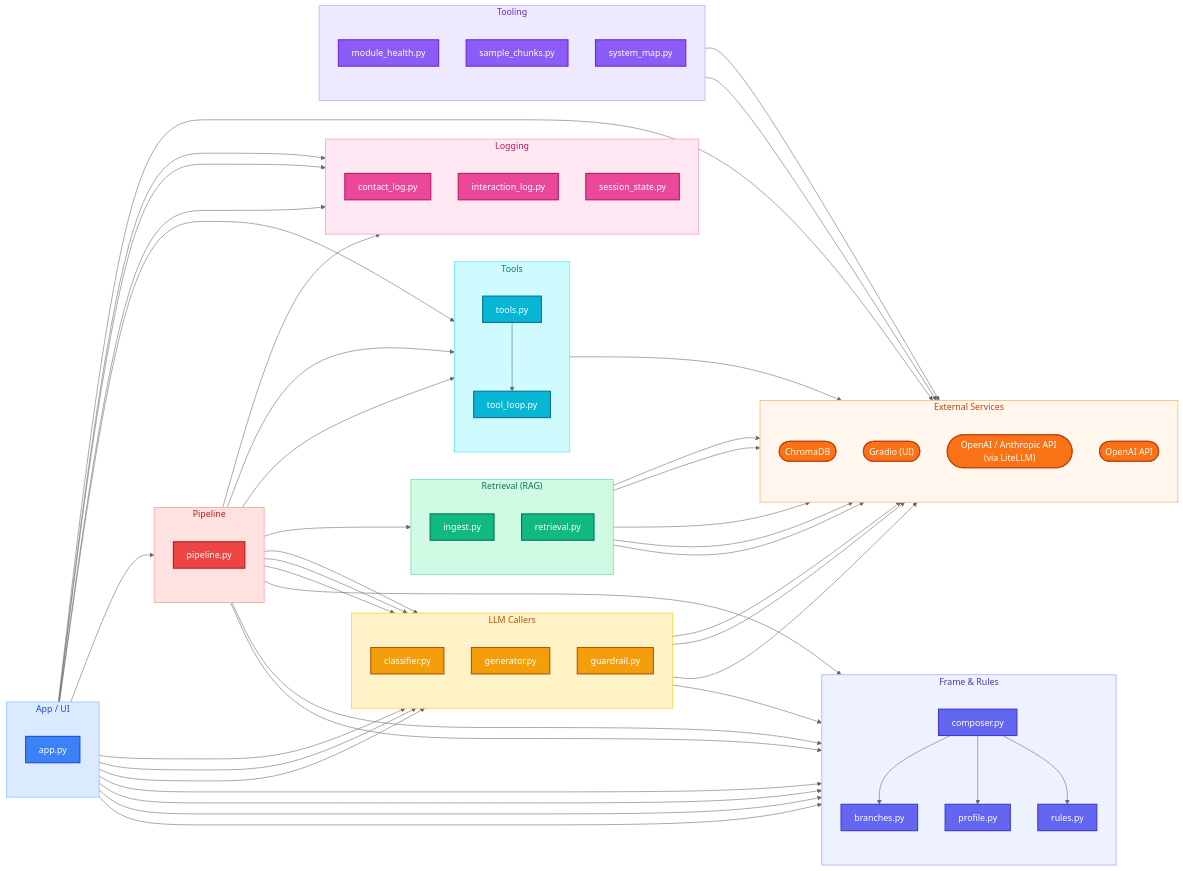
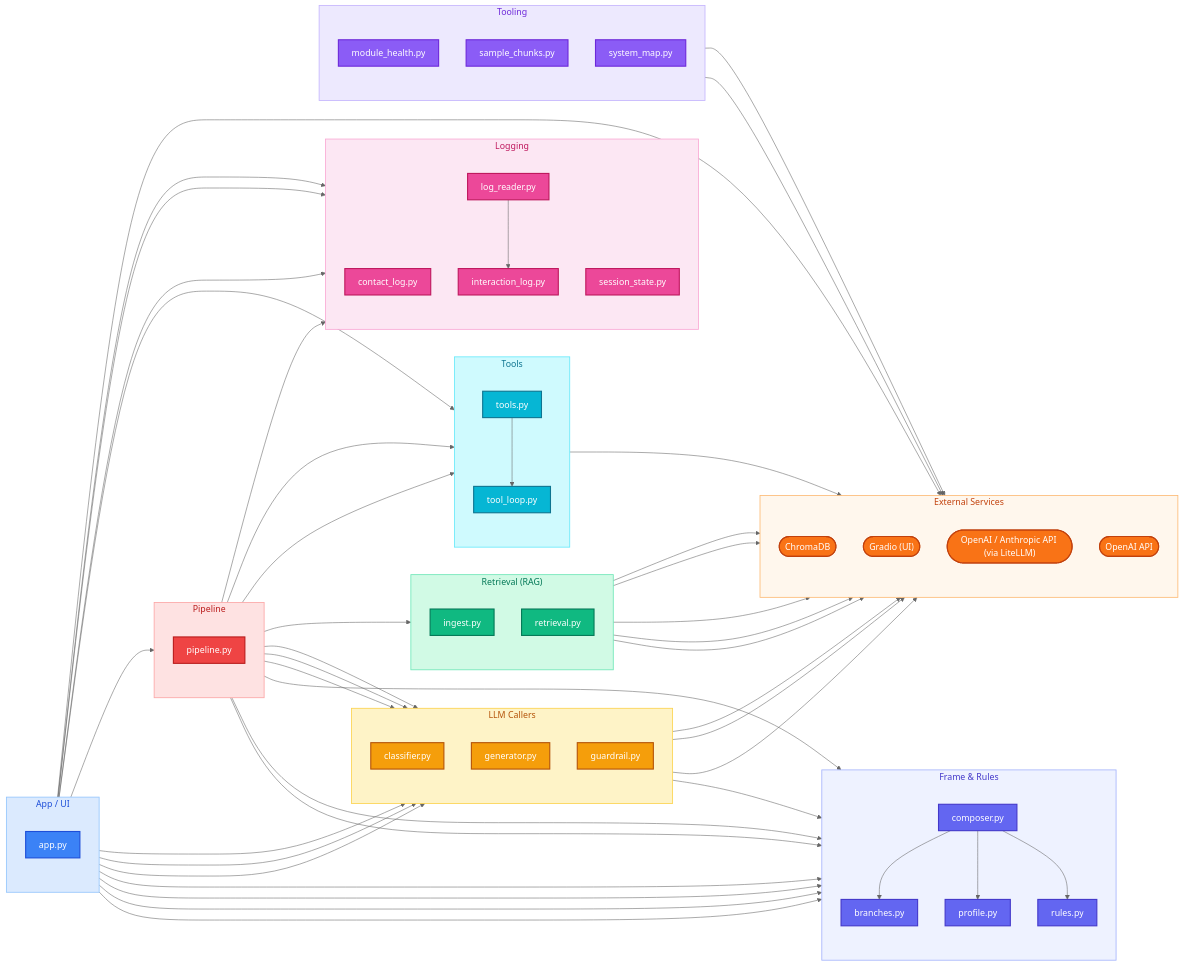
One commit to AlejandroFuentePinero/digital-twin changed the second of 2 diagrams in docs/MAP.md. Above: the diagram before and after it, drawn with Mermaid (neutral theme). The commit also changed other lines of this file and 3 other files, not shown here.

First line of the commit message:
#28: log_reader scaffold (Phase 4 slice 1/7)

```diff
--- a/docs/MAP.md
+++ b/docs/MAP.md
@@ -125,6 +125,7 @@
     direction TB
     contact_log["contact_log.py"]:::logging
     interaction_log["interaction_log.py"]:::logging
+    log_reader["log_reader.py"]:::logging
     session_state["session_state.py"]:::logging
   end
 
@@ -164,6 +165,7 @@
   composer --> profile
   composer --> rules
   guardrail --> rules
+  log_reader --> interaction_log
   pipeline --> tool_loop
   pipeline --> branches
   pipeline --> classifier
```
